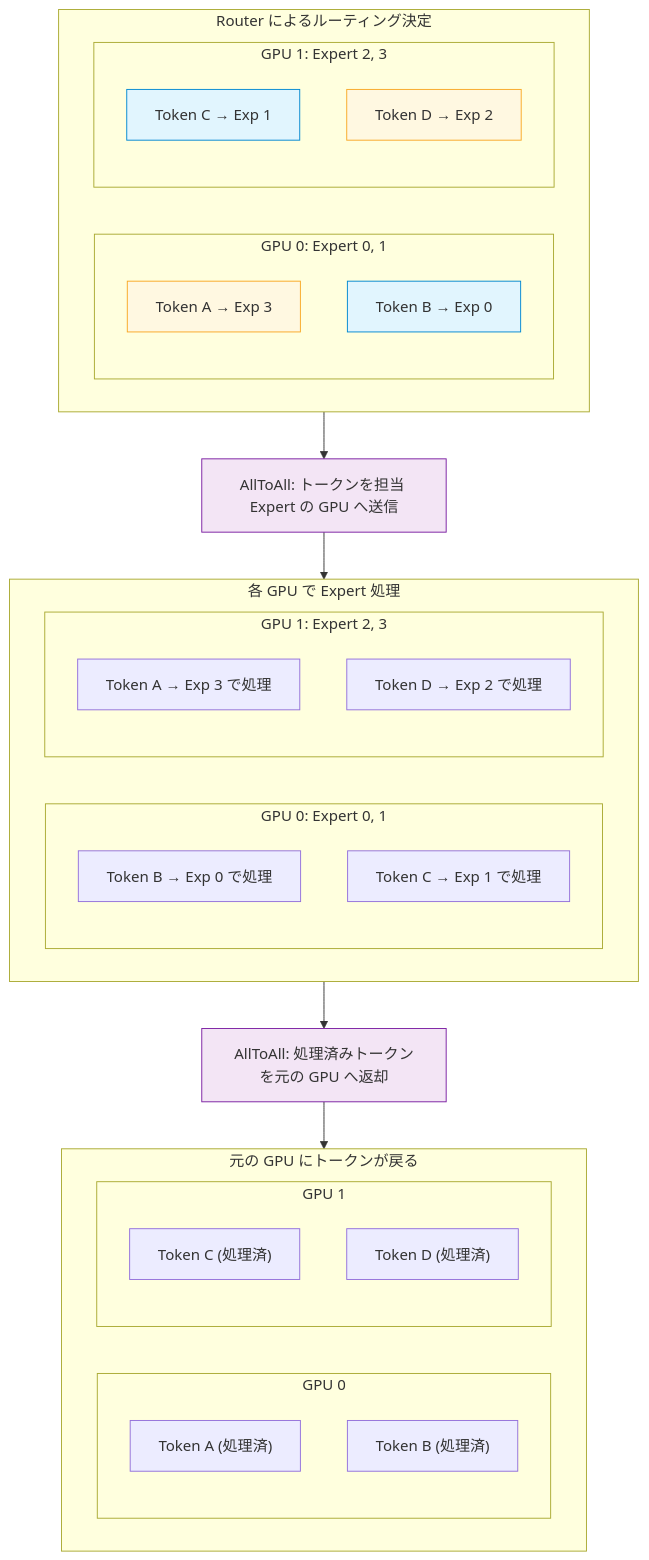
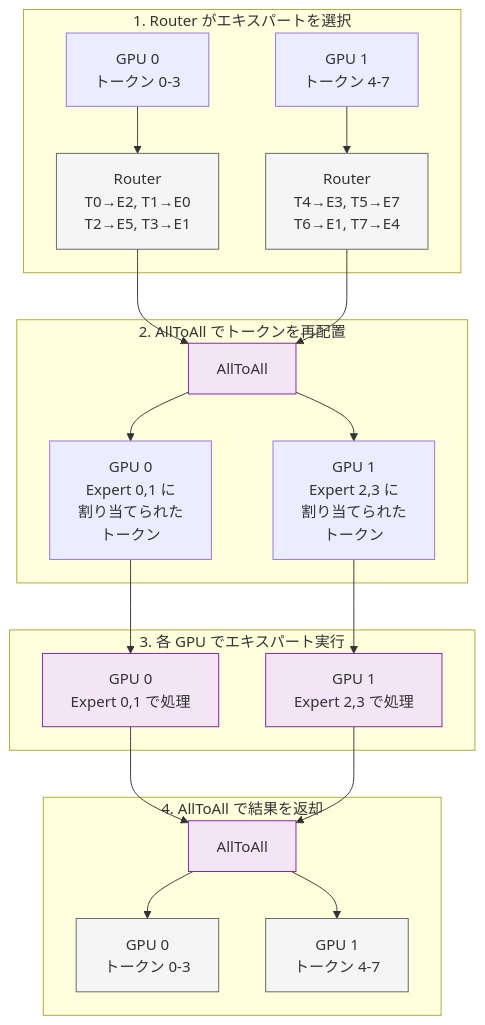
One commit to littlemex/zenn changed diagram 13 of 19 in books/ml-distributed-experiment-collection/transformer-distributed-parallelism.md. Above: the diagram before and after it, drawn with Mermaid. The commit also changed other lines of this file, not shown here.

````diff
--- a/books/ml-distributed-experiment-collection/transformer-distributed-parallelism.md
+++ b/books/ml-distributed-experiment-collection/transformer-distributed-parallelism.md
@@ -470,48 +583,35 @@
 ```mermaid
 graph TB
-    subgraph before ["Router によるルーティング決定"]
-        subgraph g0_pre ["GPU 0: Expert 0, 1"]
-            T_A["Token A → Exp 3"]
-            T_B["Token B → Exp 0"]
-        end
-        subgraph g1_pre ["GPU 1: Expert 2, 3"]
-            T_C["Token C → Exp 1"]
-            T_D["Token D → Exp 2"]
-        end
+    subgraph "1. Router がエキスパートを選択"
+        T0["GPU 0<br/>トークン 0-3"] --> R0["Router<br/>T0→E2, T1→E0<br/>T2→E5, T3→E1"]
+        T1["GPU 1<br/>トークン 4-7"] --> R1["Router<br/>T4→E3, T5→E7<br/>T6→E1, T7→E4"]
     end
 
-    A2A_1["AllToAll: トークンを担当 Expert の GPU へ送信"]
-
-    subgraph process ["各 GPU で Expert 処理"]
-        subgraph g0_proc ["GPU 0: Expert 0, 1"]
-            P_B["Token B → Exp 0 で処理"]
-            P_C["Token C → Exp 1 で処理"]
-        end
-        subgraph g1_proc ["GPU 1: Expert 2, 3"]
-            P_A["Token A → Exp 3 で処理"]
-            P_D["Token D → Exp 2 で処理"]
-        end
+    subgraph "2. AllToAll でトークンを再配置"
+        R0 --> A2A1["AllToAll"]
+        R1 --> A2A1
+        A2A1 --> E0_in["GPU 0<br/>Expert 0,1 に<br/>割り当てられた<br/>トークン"]
+        A2A1 --> E1_in["GPU 1<br/>Expert 2,3 に<br/>割り当てられた<br/>トークン"]
     end
 
-    A2A_2["AllToAll: 処理済みトークンを元の GPU へ返却"]
-
-    subgraph after ["元の GPU にトークンが戻る"]
-        subgraph g0_post ["GPU 0"]
-            R_A["Token A (処理済)"]
-            R_B["Token B (処理済)"]
-        end
-        subgraph g1_post ["GPU 1"]
-            R_C["Token C (処理済)"]
-            R_D["Token D (処理済)"]
-        end
+    subgraph "3. 各 GPU でエキスパート実行"
+        E0_in --> E0_proc["GPU 0<br/>Expert 0,1 で処理"]
+        E1_in --> E1_proc["GPU 1<br/>Expert 2,3 で処理"]
     end
 
-    before --> A2A_1 --> process --> A2A_2 --> after
+    subgraph "4. AllToAll で結果を返却"
+        E0_proc --> A2A2["AllToAll"]
+        E1_proc --> A2A2
+        A2A2 --> Out0["GPU 0<br/>トークン 0-3"]
+        A2A2 --> Out1["GPU 1<br/>トークン 4-7"]
+    end
 
-    style A2A_1 fill: #f3e5f5,stroke: #7b1fa2
-    style A2A_2 fill: #f3e5f5,stroke: #7b1fa2
-    style T_A fill: #fff8e1,stroke: #f9a825
-    style T_B fill: #e1f5fe,stroke: #0288d1
-    style T_C fill: #e1f5fe,stroke: #0288d1
-    style T_D fill: #fff8e1,stroke: #f9a825
+    style R0 fill: #f5f5f5,stroke: #616161
+    style R1 fill: #f5f5f5,stroke: #616161
+    style A2A1 fill: #f3e5f5,stroke: #7b1fa2
+    style E0_proc fill: #f3e5f5,stroke: #7b1fa2
+    style E1_proc fill: #f3e5f5,stroke: #7b1fa2
+    style A2A2 fill: #f3e5f5,stroke: #7b1fa2
+    style Out0 fill: #f5f5f5,stroke: #616161
+    style Out1 fill: #f5f5f5,stroke: #616161
 ```
````
